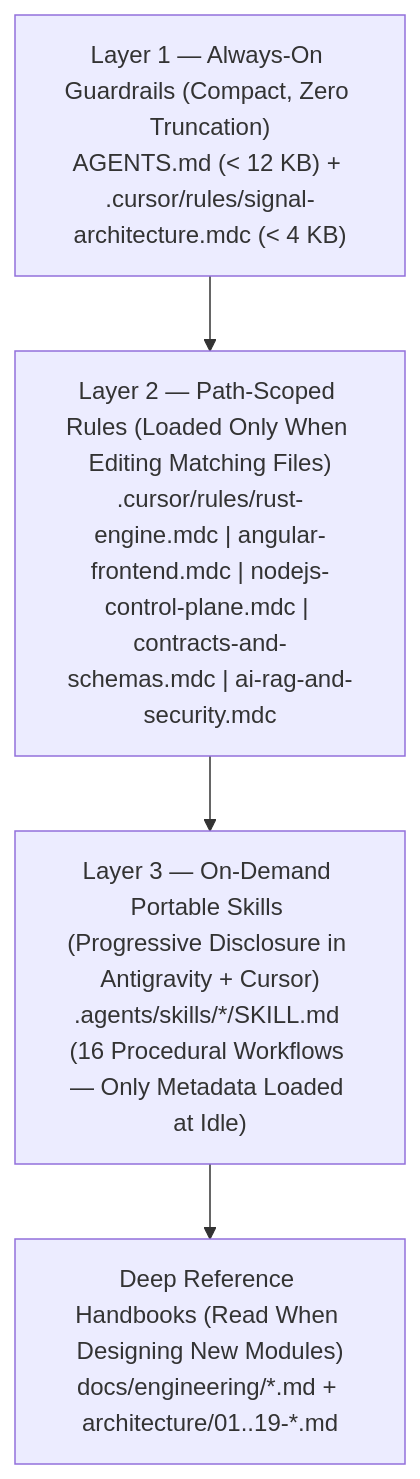
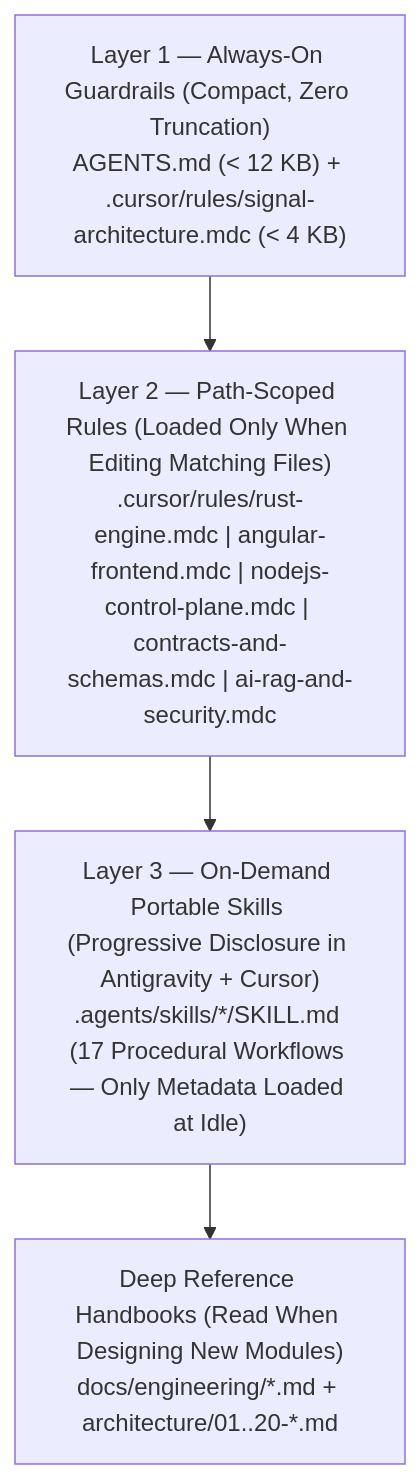
One commit to the-code-master/signal changed the diagram in docs/engineering/README.md. Above: the diagram before and after it, drawn with Mermaid. The commit also changed other lines of this file and 14 other files, not shown here.

````diff
--- a/docs/engineering/README.md
+++ b/docs/engineering/README.md
@@ -11,11 +11,11 @@
 ```mermaid
 flowchart TB
     L1["Layer 1 — Always-On Guardrails (Compact, Zero Truncation)\nAGENTS.md (< 12 KB) + .cursor/rules/signal-architecture.mdc (< 4 KB)"]
     L2["Layer 2 — Path-Scoped Rules (Loaded Only When Editing Matching Files)\n.cursor/rules/rust-engine.mdc | angular-frontend.mdc | nodejs-control-plane.mdc | contracts-and-schemas.mdc | ai-rag-and-security.mdc"]
-    L3["Layer 3 — On-Demand Portable Skills (Progressive Disclosure in Antigravity + Cursor)\n.agents/skills/*/SKILL.md (16 Procedural Workflows — Only Metadata Loaded at Idle)"]
-    Ref["Deep Reference Handbooks (Read When Designing New Modules)\ndocs/engineering/*.md + architecture/01..19-*.md"]
+    L3["Layer 3 — On-Demand Portable Skills (Progressive Disclosure in Antigravity + Cursor)\n.agents/skills/*/SKILL.md (17 Procedural Workflows — Only Metadata Loaded at Idle)"]
+    Ref["Deep Reference Handbooks (Read When Designing New Modules)\ndocs/engineering/*.md + architecture/01..20-*.md"]
 
     L1 --> L2
     L2 --> L3
     L3 --> Ref
 ```
````
